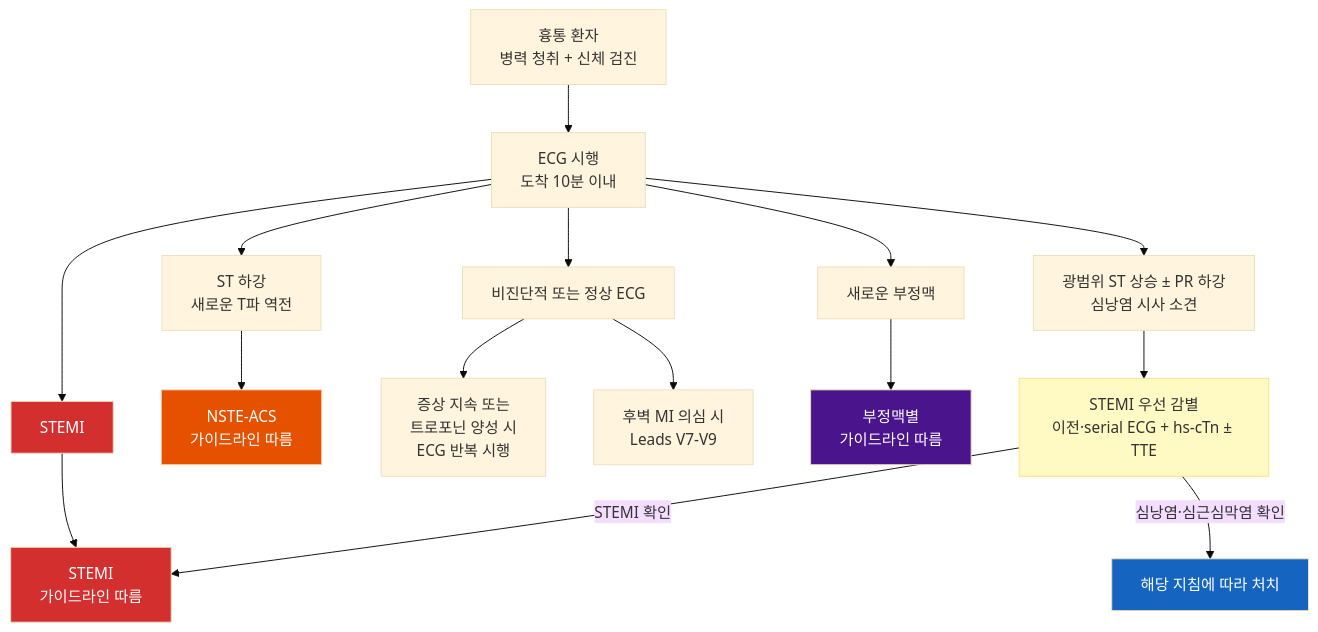
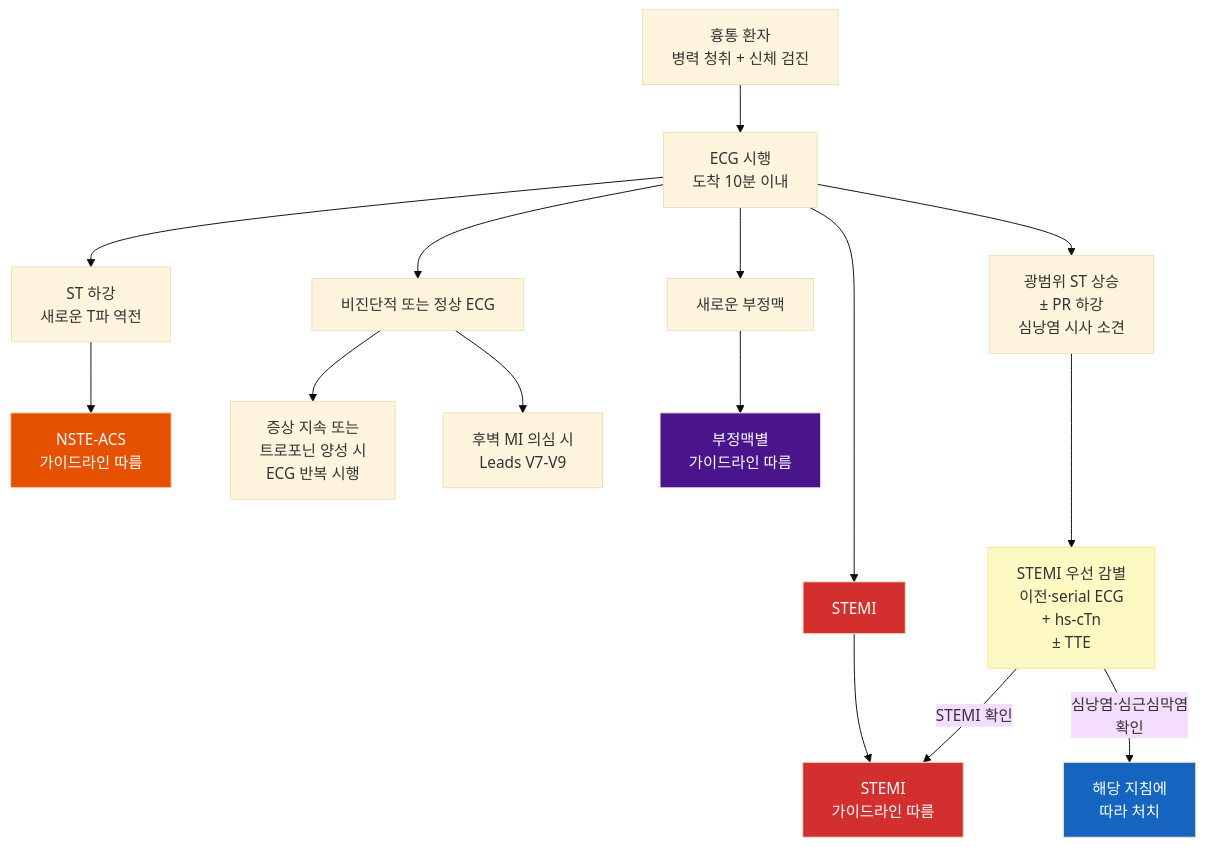
Before and after one commit to familyoh77/familyoh77: the first of 2 diagrams in 220_/002_-chest-pain.md, drawn with Mermaid (base theme). The commit also changed other lines of this file and 1 other file, not shown here.

````diff
--- a/220_/002_-chest-pain.md
+++ b/220_/002_-chest-pain.md
@@ -126,31 +125,24 @@
 ```mermaid
 flowchart TD
     A["흉통 환자<br>병력 청취 + 신체 검진"] --> B["ECG 시행<br>도착 10분 이내"]
-
-    B --> C["광범위 ST 상승 ± PR 하강<br>심낭염 시사 소견"]
+    B --> C["광범위 ST 상승 <br>± PR 하강<br>심낭염 시사 소견"]
     B --> D["ST 하강<br>새로운 T파 역전"]
     B --> E["비진단적 또는 정상 ECG"]
     B --> F["새로운 부정맥"]
-
-    C --> G["STEMI 우선 감별<br>이전·serial ECG + hs-cTn ± TTE"]
+    C ---> G["STEMI 우선 감별<br>이전·serial ECG<br> + hs-cTn<br> ± TTE"]
     G -->|STEMI 확인| O
-    G -->|심낭염·심근심막염 확인| P["해당 지침에 따라 처치"]
-
+    G -->|심낭염·심근심막염<br> 확인| P["해당 지침에 <br>따라 처치"]
     D --> H["NSTE-ACS<br>가이드라인 따름"]
-
     E --> I["증상 지속 또는<br>트로포닌 양성 시<br>ECG 반복 시행"]
     E --> K["후벽 MI 의심 시<br>Leads V7-V9"]
-
     F --> M["부정맥별<br>가이드라인 따름"]
-
     B --> N["STEMI"]
     N --> O["STEMI<br>가이드라인 따름"]
-
     style N fill:#d32f2f,color:#fff
     style O fill:#d32f2f,color:#fff
     style H fill:#e65100,color:#fff
     style G fill:#fff9c4,stroke:#ffe082
     style P fill:#1565c0,color:#fff
     style M fill:#4a148c,color:#fff
 
 ```
````
